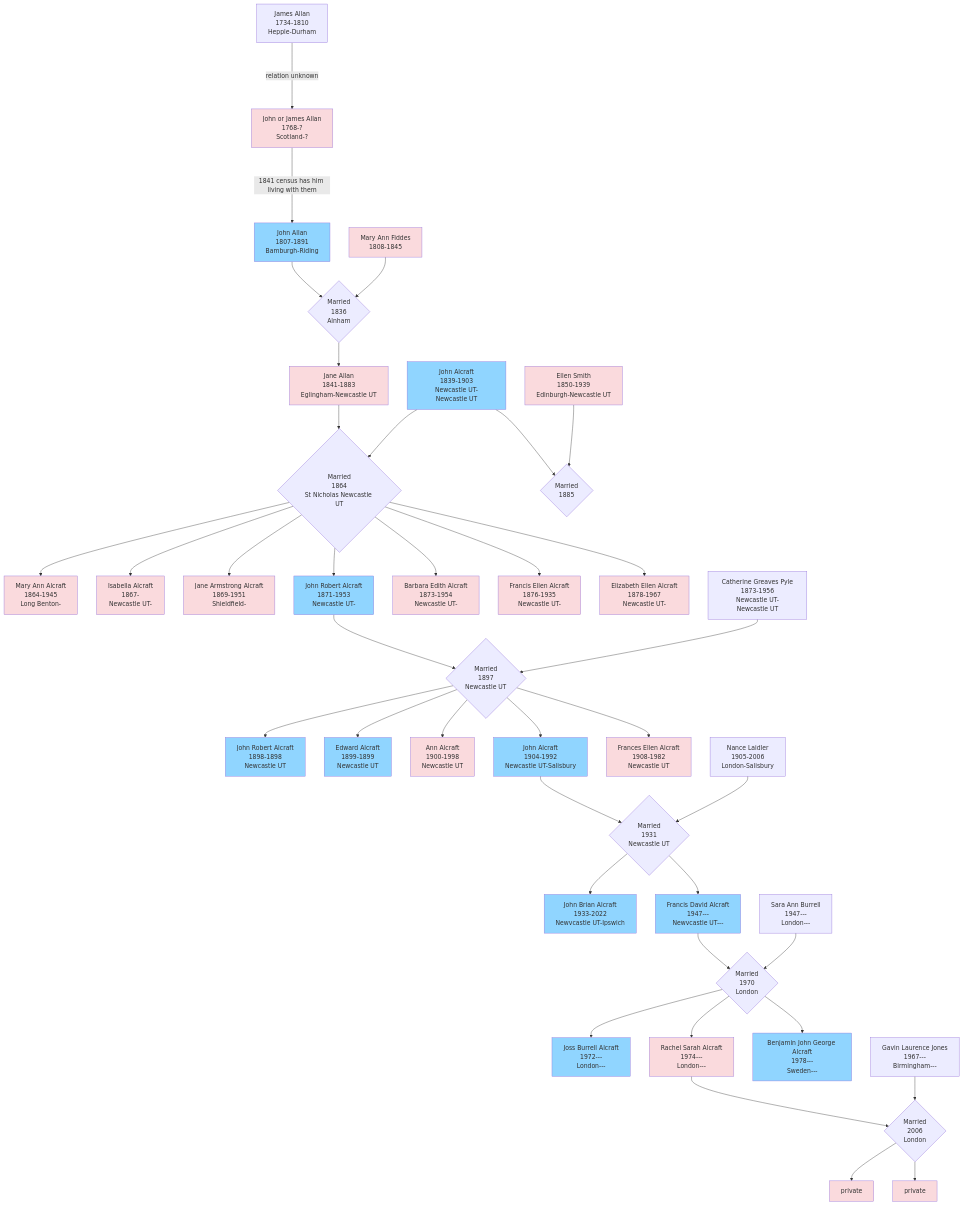
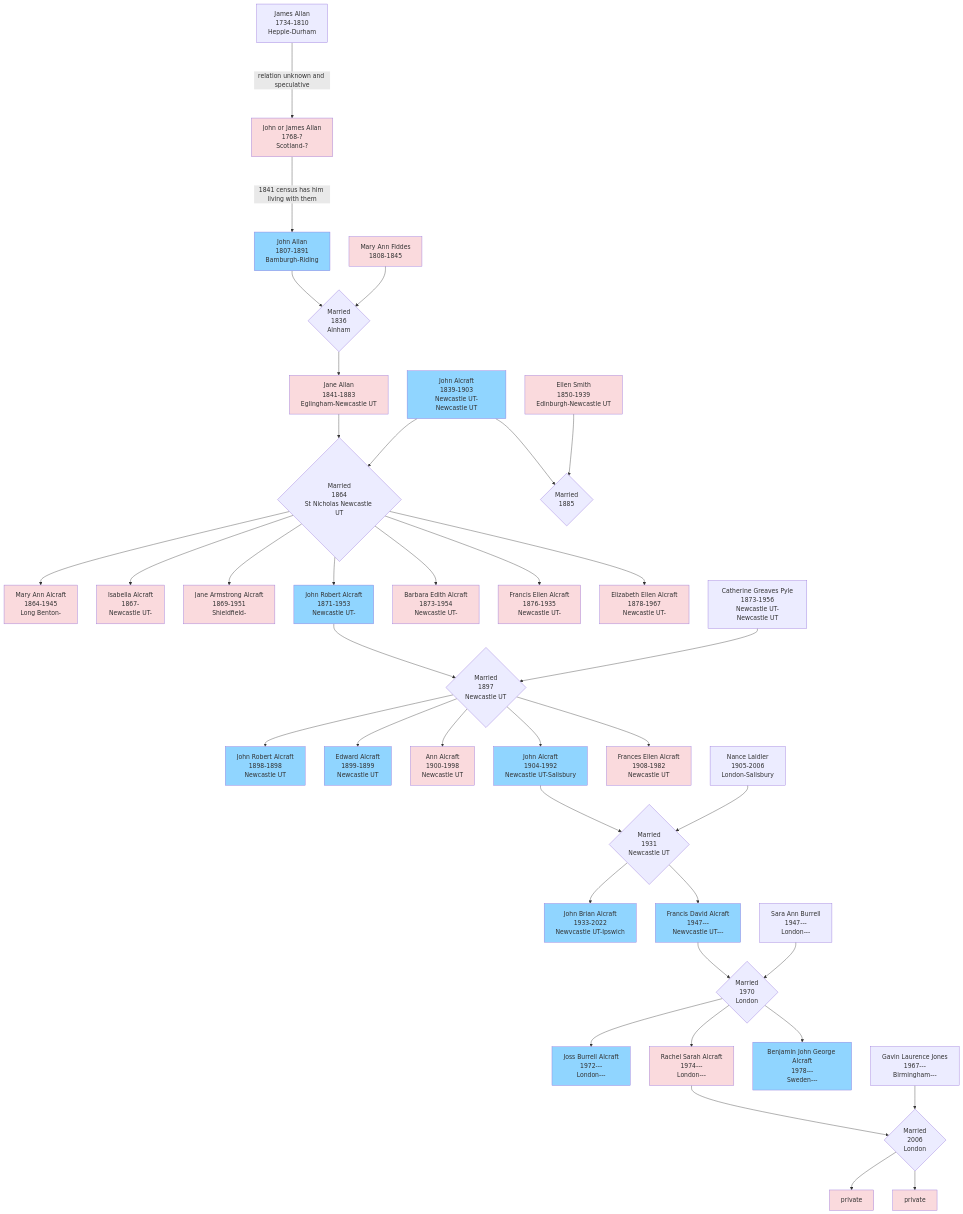
One commit to RachelAlcraft/family-tree changed the diagram in docs/index.md. Above: the diagram before and after it, drawn with Mermaid.

````diff
--- a/docs/index.md
+++ b/docs/index.md
@@ -6,7 +6,7 @@
 ``` mermaid
 flowchart TD  
 JA000[James Allan\n1734-1810\nHepple-Durham];
-JA000 ----> |relation unknown| JA00;
+JA000 ----> |relation unknown and speculative| JA00;
 JA00[John or James Allan\n1768-?\nScotland-?]
 style JA00 fill:#FADADD;
 click JA00 "https://www.wikitree.com/wiki/Allan-4870" "JA00";
````
